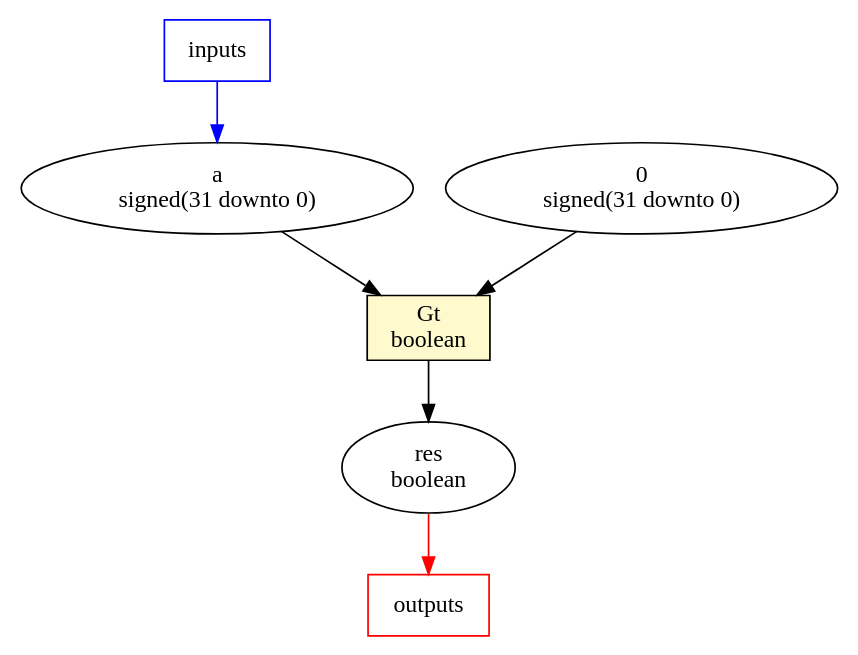
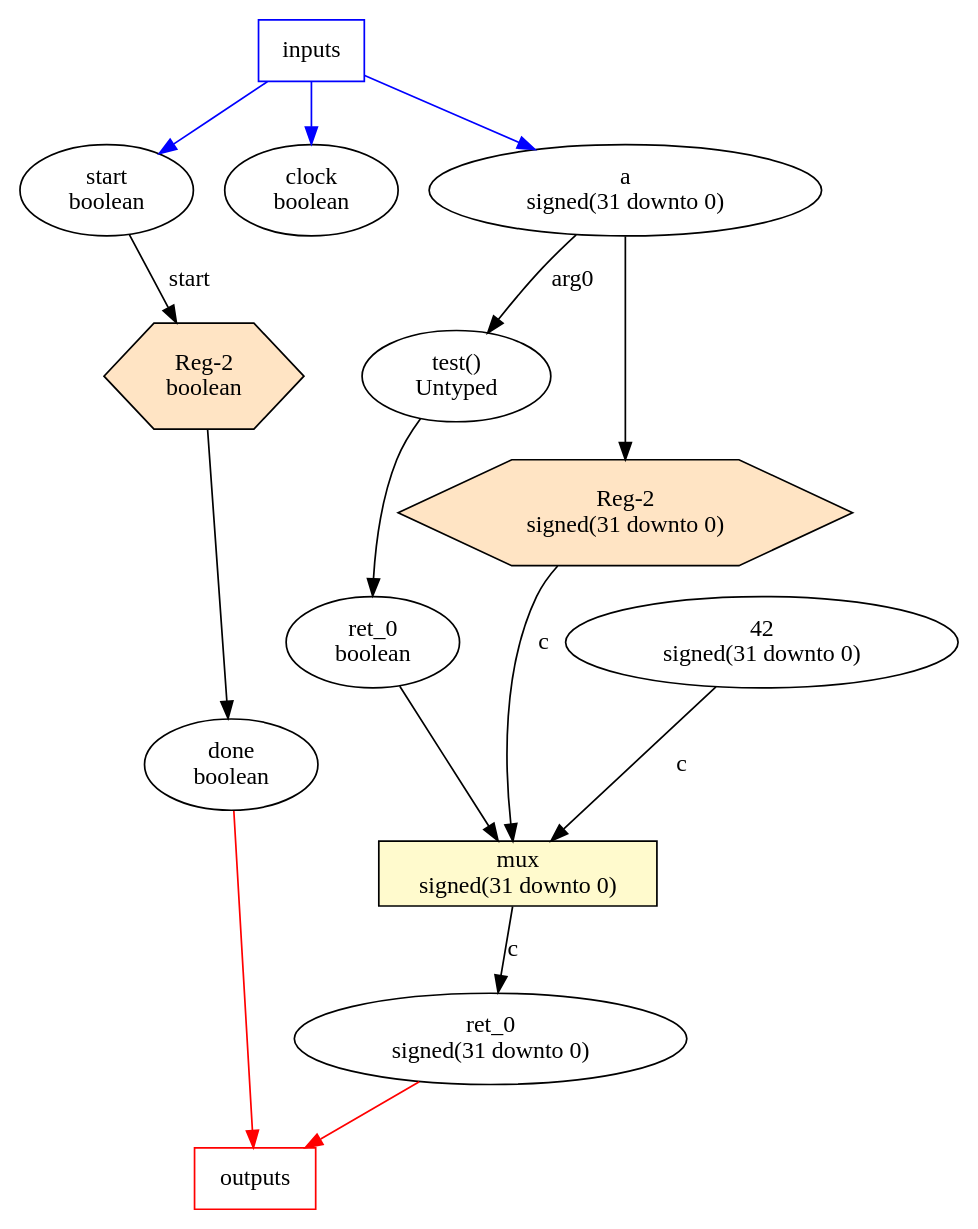
The diagram in running/gr.dot (BaptP/Whiley2VHDLCompiler), drawn with Graphviz before and after one commit. The commit also changed 9 other files, not shown here.

```diff
--- a/running/gr.dot
+++ b/running/gr.dot
@@ -1,14 +1,30 @@
 digraph {
   inp [label="inputs",color=blue,shape=box];
-  n1 [label="Gt\nboolean",shape="rectangle",style=filled,fillcolor=lemonchiffon];
-  n2 [label="res\nboolean"];
-  n3 [label="a\nsigned(31 downto 0)"];
-  n4 [label="0\nsigned(31 downto 0)"];
+  n1 [label="test()\nUntyped"];
+  n2 [label="Reg-2\nsigned(31 downto 0)",shape="hexagon",style=filled,fillcolor=bisque];
+  n3 [label="start\nboolean"];
+  n4 [label="done\nboolean"];
+  n5 [label="mux\nsigned(31 downto 0)",shape="rectangle",style=filled,fillcolor=lemonchiffon];
+  n6 [label="ret_0\nsigned(31 downto 0)"];
+  n7 [label="42\nsigned(31 downto 0)"];
+  n8 [label="ret_0\nboolean"];
+  n9 [label="clock\nboolean"];
+  n10 [label="a\nsigned(31 downto 0)"];
+  n11 [label="Reg-2\nboolean",shape="hexagon",style=filled,fillcolor=bisque];
   out [label="outputs",color=red,shape=box];
 
+  inp -> n10 [color=blue];
+  inp -> n9 [color=blue];
   inp -> n3 [color=blue];
-  n1 -> n2[label=""];
-  n3 -> n1[label=""];
-  n4 -> n1[label=""];
-  n2 -> out [color=red];
+  n11 -> n4[label=""];
+  n1 -> n8[label=""];
+  n7 -> n5[label="c"];
+  n5 -> n6[label="c"];
+  n8 -> n5[label=""];
+  n10 -> n1[label="arg0"];
+  n2 -> n5[label="c"];
+  n3 -> n11[label="start"];
+  n10 -> n2[label=""];
+  n6 -> out [color=red];
+  n4 -> out [color=red];
 }
```
